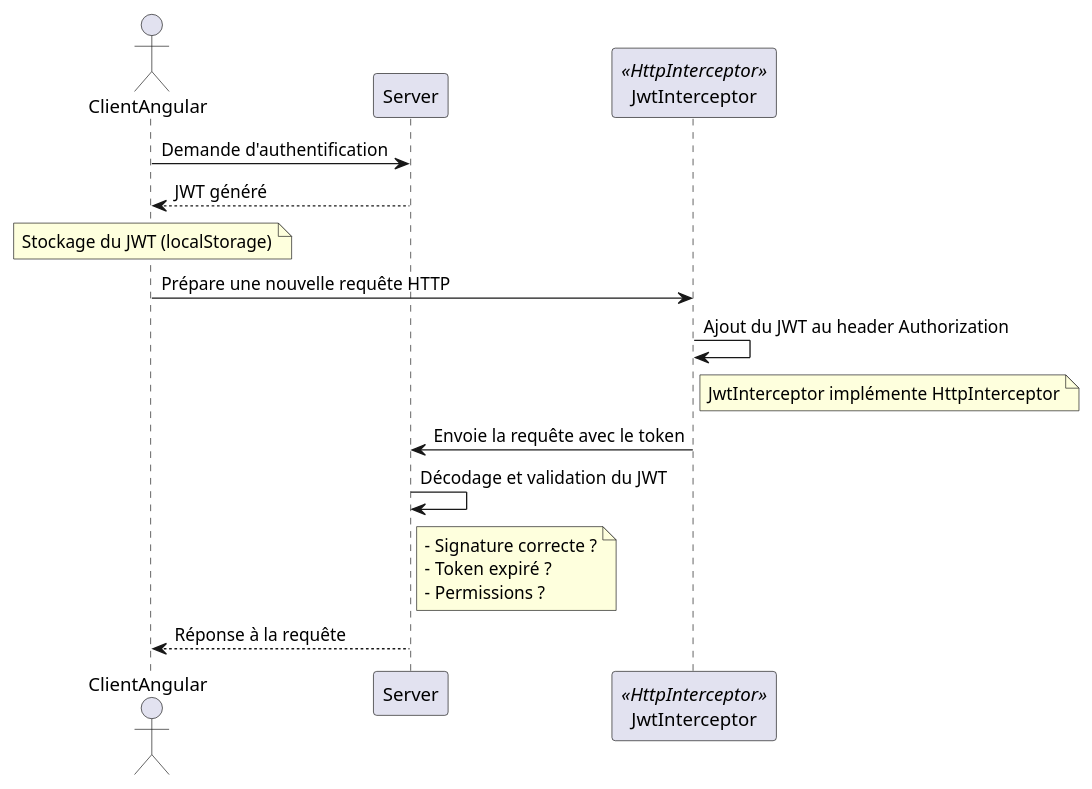
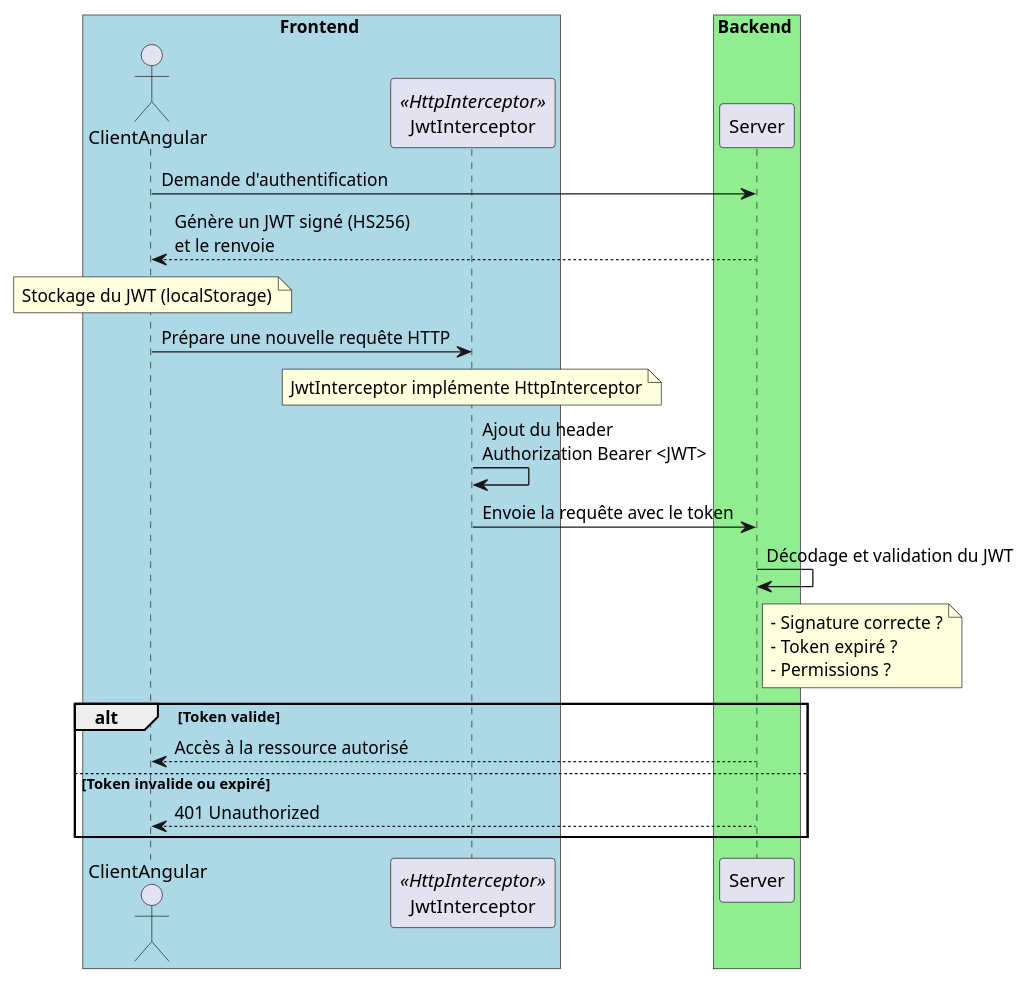
One commit to cpierres/P3-back-spring changed the diagram in assets/docs/diagrams/sequence_diagrams/securite_token_angular.puml. Above: the diagram before and after it, drawn with PlantUML. The commit also changed 6 other files, not shown here.

Commit message:
Doc : mise à jour des diagrammes de séquences puml

```diff
--- a/assets/docs/diagrams/sequence_diagrams/securite_token_angular.puml
+++ b/assets/docs/diagrams/sequence_diagrams/securite_token_angular.puml
@@ -1,27 +1,40 @@
 @startuml
 actor ClientAngular
+participant JwtInterceptor <<HttpInterceptor>>
 participant Server
-participant JwtInterceptor <<HttpInterceptor>>
 
 ClientAngular -> Server: Demande d'authentification
-Server --> ClientAngular: JWT généré
-note over of ClientAngular
+Server --> ClientAngular: Génère un JWT signé (HS256) \net le renvoie
+note over ClientAngular
     Stockage du JWT (localStorage)
 end note
 
 ClientAngular -> JwtInterceptor: Prépare une nouvelle requête HTTP
-JwtInterceptor -> JwtInterceptor: Ajout du JWT au header Authorization
-note right of JwtInterceptor
+note over of JwtInterceptor
     JwtInterceptor implémente HttpInterceptor
 end note
+JwtInterceptor -> JwtInterceptor: Ajout du header\nAuthorization Bearer <JWT>
+
 JwtInterceptor -> Server: Envoie la requête avec le token
 
 Server -> Server: Décodage et validation du JWT
 note right of Server
     - Signature correcte ?
     - Token expiré ?
     - Permissions ?
 end note
 
-Server --> ClientAngular: Réponse à la requête
+alt Token valide
+    Server --> ClientAngular: Accès à la ressource autorisé
+else Token invalide ou expiré
+    Server --> ClientAngular: 401 Unauthorized
+end
+
+box Frontend #LightBlue
+  participant ClientAngular
+  participant JwtInterceptor
+end box
+box Backend #LightGreen
+  participant Server
+end box
 @enduml
```
